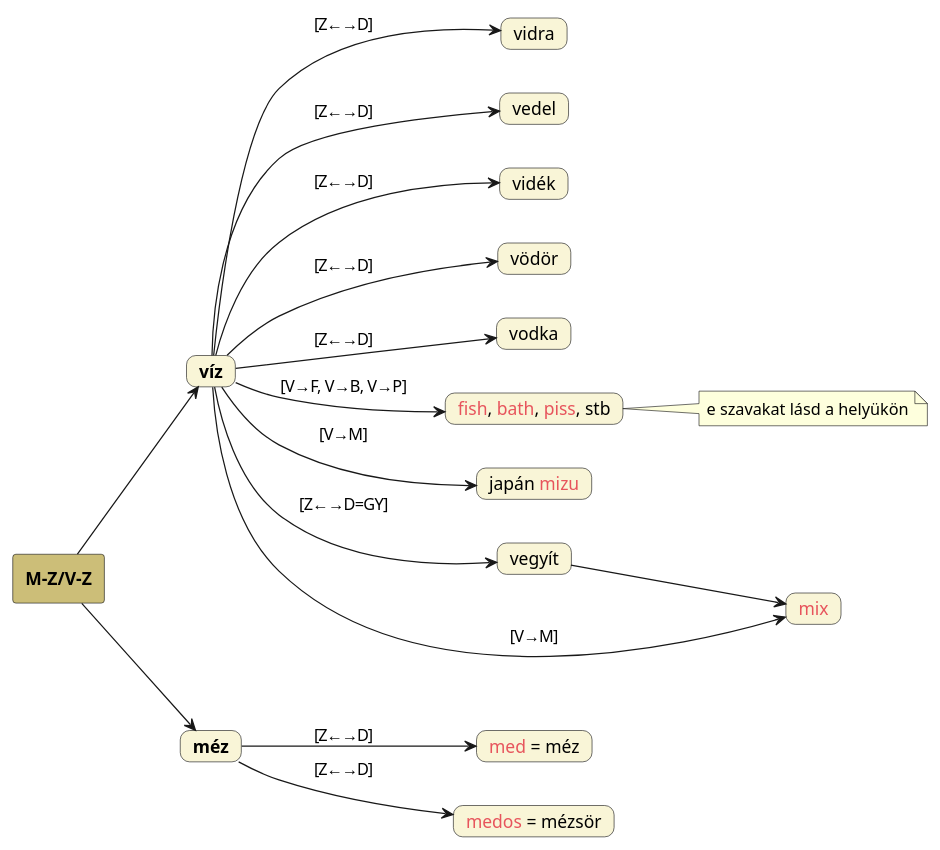
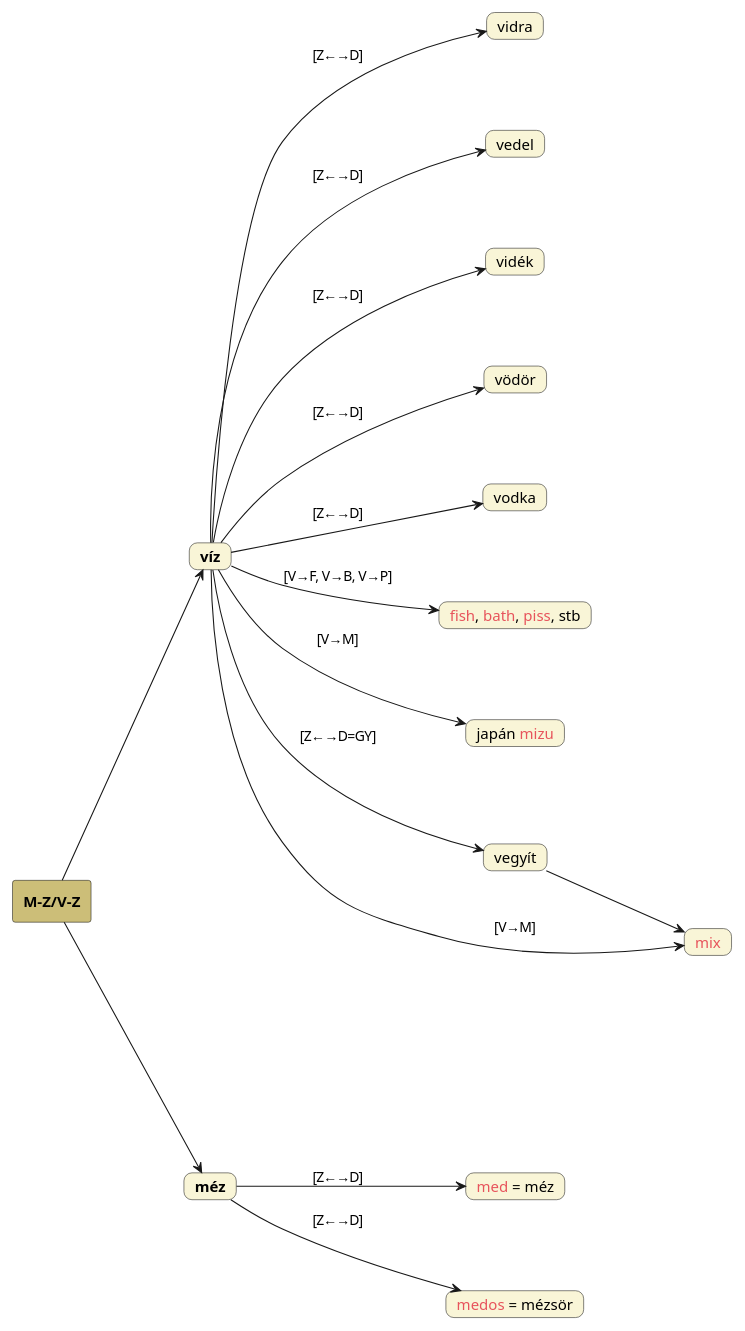
One commit to zanodor/TUDDASSTTARR changed the diagram in src/site/notes/V/Víz.md. Above: the diagram before and after it, drawn with PlantUML. The commit also changed other lines of this file, not shown here.

````diff
--- a/src/site/notes/V/Víz.md
+++ b/src/site/notes/V/Víz.md
@@ -16,60 +78,60 @@
 ```plantuml
 @startuml
 left to right direction
+scale 6/7
+skinparam nodesep 85
+skinparam ranksep 85
 skinparam BackGroundColor transparent
 skinparam rectangle {
-	BackgroundColor #ccbe78
+    BackgroundColor #ccbe78
 }
 skinparam card {
-	roundCorner 15
-	BackgroundColor #f9f5d7
+    roundCorner 15
+    BackgroundColor #f9f5d7
 }
 
 rectangle **M-Z/V-Z** as head {
 }
 card **víz** as w1 {
 }
 card **méz** as w2 {
 }
 card vidra as w3 {
 }
 card vedel as w4 {
 }
 card vidék as w5 {
 }
 card vödör as w6 {
 }
 card vodka as w7 {
 }
 card "<color:#e7545c>fish</color>, <color:#e7545c>bath</color>, <color:#e7545c>piss</color>, stb" as w8 {
 }
 card "japán <color:#e7545c>mizu</color>" as w9 {
 }
 card vegyít as w10 {
 }
 card "<color:#e7545c>med</color> = méz" as w11 {
 }
 card "<color:#e7545c>medos</color> = mézsör" as w12 {
 }
 card "<color:#e7545c>mix</color>" as w13 {
 }
 
 head --> w1
 head --> w2
 w1 --> w3 : [Z←→D]
 w1 --> w4 : [Z←→D]
 w1 --> w5 : [Z←→D]
 w1 --> w6 : [Z←→D]
 w1 --> w7 : [Z←→D]
 w1 --> w8 : [V→F, V→B, V→P]
-note right of w8 {
-	e szavakat lásd a helyükön
-}
 w1 --> w9 : [V→M]
 w1 --> w10 : [Z←→D=GY]
 w1 --> w13 : [V→M]
 w10 --> w13
 w2 --> w11 : [Z←→D]
 w2 --> w12 : [Z←→D]
 @enduml
 ```
````
